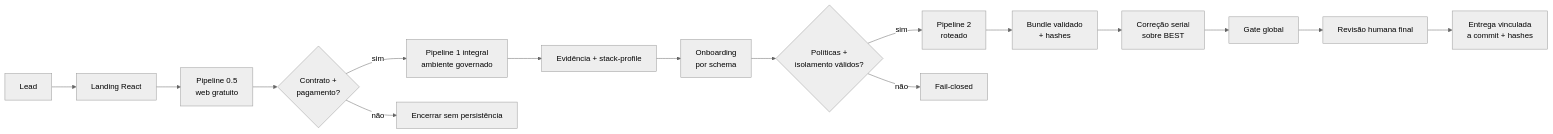
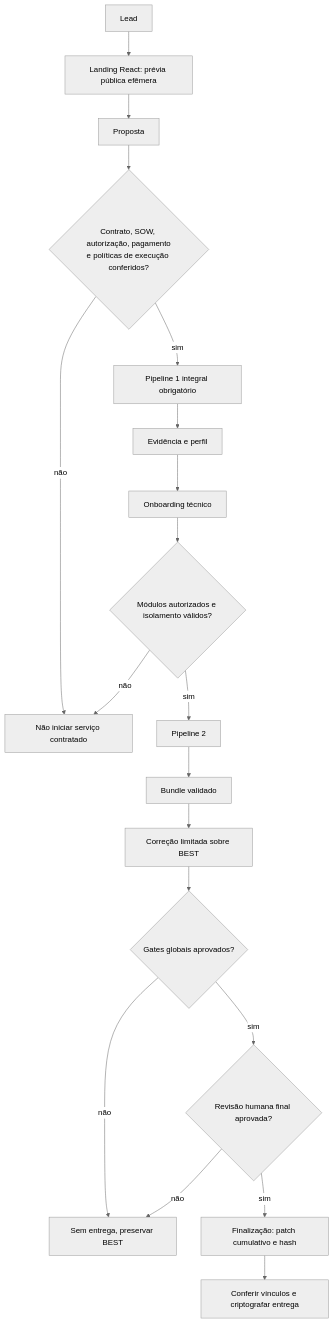
Before and after one commit to yurIdeLimaDev/empresa-security-flow: the diagram in docs/ARQUITETURA_IMPLEMENTADA.md, drawn with Mermaid (neutral theme). The commit also changed other lines of this file and 80 other files, not shown here.

````diff
--- a/docs/ARQUITETURA_IMPLEMENTADA.md
+++ b/docs/ARQUITETURA_IMPLEMENTADA.md
@@ -7,17 +11,19 @@
 ```mermaid
-flowchart LR
-    lead[Lead] --> landing[Landing React] --> p05[Pipeline 0.5\nweb gratuito]
-    p05 --> commercial{Contrato +\npagamento?}
-    commercial -- sim --> p1[Pipeline 1 integral\nambiente governado]
-    commercial -- não --> stop[Encerrar sem persistência]
-    p1 --> profile[Evidência + stack-profile]
-    profile --> onboarding[Onboarding\npor schema]
-    onboarding --> policies{Políticas +\nisolamento válidos?}
-    policies -- sim --> p2[Pipeline 2\nroteado]
-    policies -- não --> blocked[Fail-closed]
-    p2 --> bundle[Bundle validado\n+ hashes]
-    bundle --> best[Correção serial\nsobre BEST]
-    best --> global[Gate global]
-    global --> human[Revisão humana final]
-    human --> delivery[Entrega vinculada\na commit + hashes]
+flowchart TB
+    lead["Lead"] --> web["Landing React: prévia pública efêmera"]
+    web --> offer["Proposta"]
+    offer --> gate{"Contrato, SOW, autorização, pagamento<br/>e políticas de execução conferidos?"}
+    gate -- não --> blocked["Não iniciar serviço contratado"]
+    gate -- sim --> p1["Pipeline 1 integral obrigatório"]
+    p1 --> profile["Evidência e perfil"] --> onboard["Onboarding técnico"]
+    onboard --> p2gate{"Módulos autorizados e isolamento válidos?"}
+    p2gate -- não --> blocked
+    p2gate -- sim --> p2["Pipeline 2"]
+    p2 --> bundle["Bundle validado"] --> repair["Correção limitada sobre BEST"]
+    repair --> global{"Gates globais aprovados?"}
+    global -- não --> hold["Sem entrega, preservar BEST"]
+    global -- sim --> review{"Revisão humana final aprovada?"}
+    review -- não --> hold
+    review -- sim --> patch["Finalização: patch cumulativo e hash"]
+    patch --> delivery["Conferir vínculos e criptografar entrega"]
 ```
````
